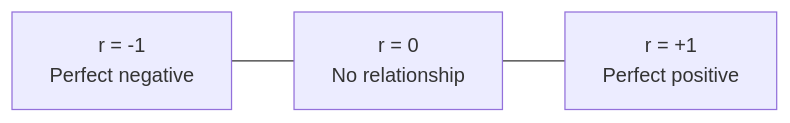
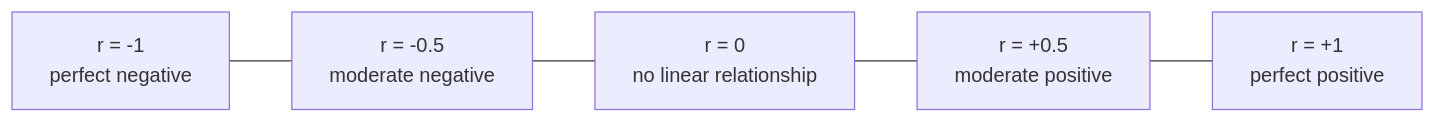
One commit to mhd-riaz/data-scientist-roadmap changed the third of 10 diagrams in semester-1/05-supervised-ml-regression/notes/02-linear-regression.md. Above: the diagram before and after it, drawn with Mermaid. The commit also changed other lines of this file and 5 other files, not shown here.

````diff
--- a/semester-1/05-supervised-ml-regression/notes/02-linear-regression.md
+++ b/semester-1/05-supervised-ml-regression/notes/02-linear-regression.md
@@ -71,4 +157,4 @@
 ```mermaid
 flowchart LR
-    A["r = -1<br/>Perfect negative"] --- B["r = 0<br/>No relationship"] --- C["r = +1<br/>Perfect positive"]
+    A["r = -1<br/>perfect negative"] --- B["r = -0.5<br/>moderate negative"] --- C["r = 0<br/>no linear relationship"] --- D["r = +0.5<br/>moderate positive"] --- E["r = +1<br/>perfect positive"]
 ```
````
